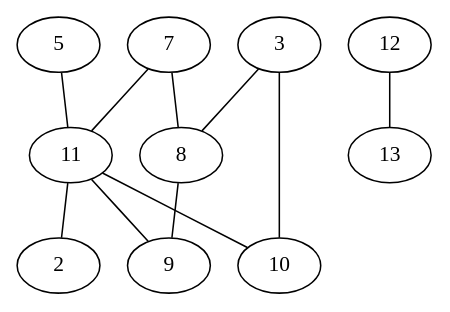
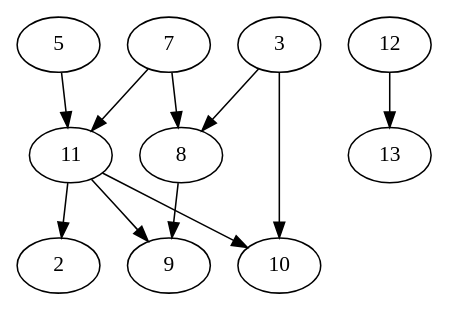
The diagram in trabalho-3/wiki.dot (RenanGreca/grafos), drawn with Graphviz before and after one commit. The commit also changed 1 other file, not shown here.

```diff
--- a/trabalho-3/wiki.dot
+++ b/trabalho-3/wiki.dot
@@ -1,13 +1,13 @@
 
-strict graph "wiki" {
-        "7" -- "8";
-        "7" -- "11";
-        "5" -- "11";
-        "3" -- "8";
-        "3" -- "10";
-        "11" -- "2";
-        "11" -- "9";
-        "11" -- "10";
-        "8" -- "9";
-        "12" -- "13";
+strict digraph "wiki" {
+        "7" -> "8";
+        "7" -> "11";
+        "5" -> "11";
+        "3" -> "8";
+        "3" -> "10";
+        "11" -> "2";
+        "11" -> "9";
+        "11" -> "10";
+        "8" -> "9";
+        "12" -> "13";
 }
```
